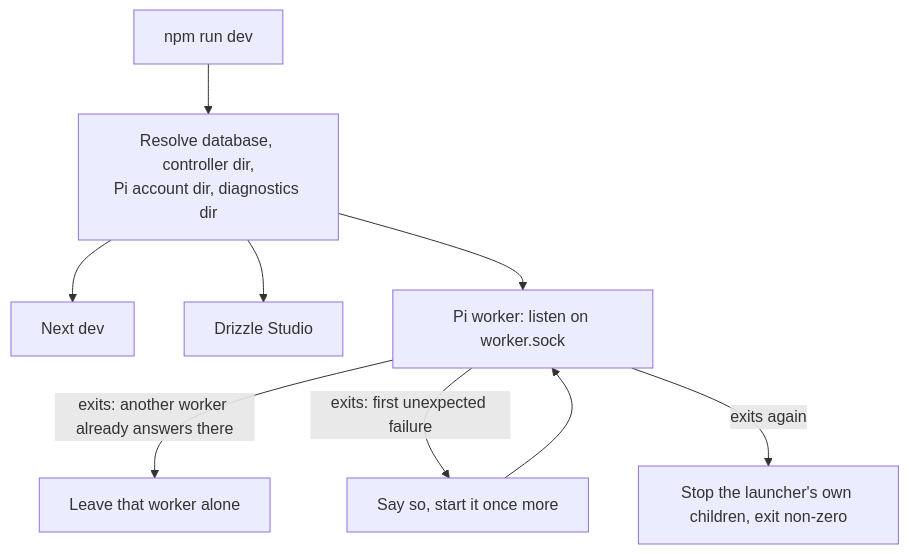
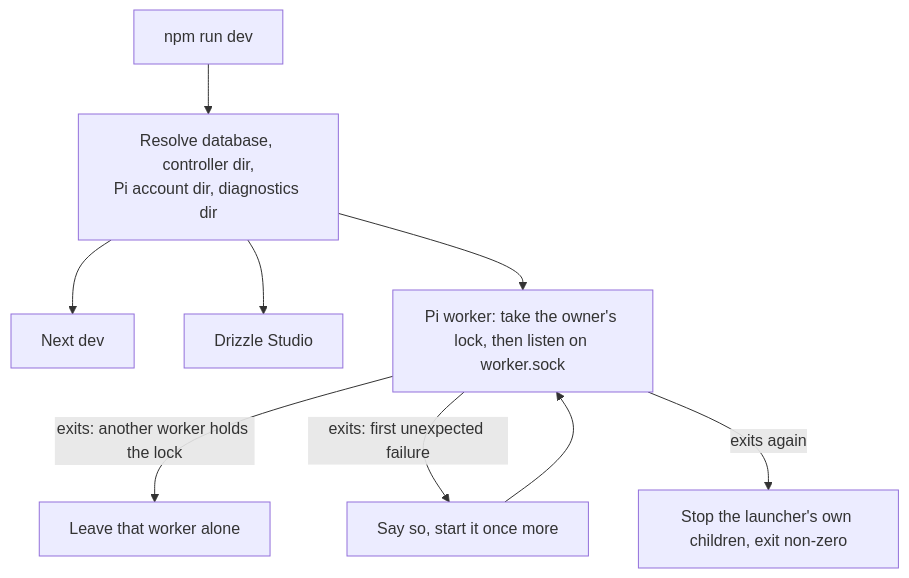
One commit to lustoykov/hallvi changed the first of 2 diagrams in docs/architecture/development-start.md. Above: the diagram before and after it, drawn with Mermaid. The commit also changed other lines of this file and 10 other files, not shown here.

````diff
--- a/docs/architecture/development-start.md
+++ b/docs/architecture/development-start.md
@@ -8,11 +8,11 @@
 ```mermaid
 flowchart TD
   A[npm run dev] --> B[Resolve database, controller dir,<br/>Pi account dir, diagnostics dir]
   B --> C[Next dev]
   B --> D[Drizzle Studio]
-  B --> E[Pi worker: listen on worker.sock]
-  E -->|exits: another worker already answers there| F[Leave that worker alone]
+  B --> E[Pi worker: take the owner's lock, then listen on worker.sock]
+  E -->|exits: another worker holds the lock| F[Leave that worker alone]
   E -->|exits: first unexpected failure| G[Say so, start it once more]
   E -->|exits again| H[Stop the launcher's own children, exit non-zero]
   G --> E
 ```
````
